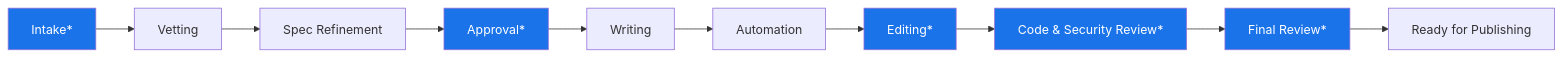
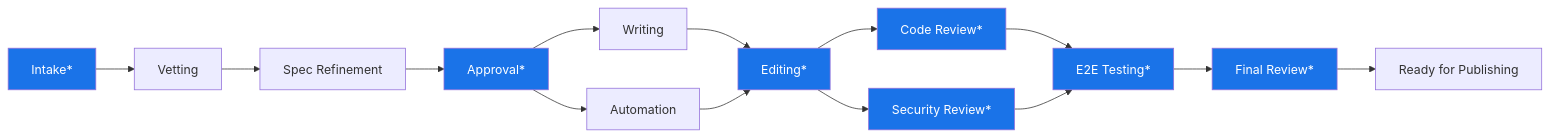
One commit to treddy08/rhdp-publishing-house changed the second of 2 diagrams in docs/how-it-works.md. Above: the diagram before and after it, drawn with Mermaid. The commit also changed other lines of this file and 4 other files, not shown here.

First line of the commit message:
Update phases, docs, test prompts for schema changes

````diff
--- a/docs/how-it-works.md
+++ b/docs/how-it-works.md
@@ -27,12 +27,17 @@
 ```mermaid
 graph LR
     A["Intake*"] --> B[Vetting] --> C[Spec Refinement] --> D["Approval*"]
-    D --> E[Writing] --> F[Automation] --> G["Editing*"]
-    G --> H["Code & Security Review*"] --> I["Final Review*"] --> J[Ready for Publishing]
+    D --> E[Writing] --> G["Editing*"]
+    D --> F[Automation] --> G
+    G --> H["Code Review*"] --> J["E2E Testing*"]
+    G --> K["Security Review*"] --> J
+    J --> I["Final Review*"] --> L[Ready for Publishing]
 
     style A fill:#1a73e8,color:#fff
     style D fill:#1a73e8,color:#fff
     style G fill:#1a73e8,color:#fff
     style H fill:#1a73e8,color:#fff
+    style K fill:#1a73e8,color:#fff
+    style J fill:#1a73e8,color:#fff
     style I fill:#1a73e8,color:#fff
 ```
````
